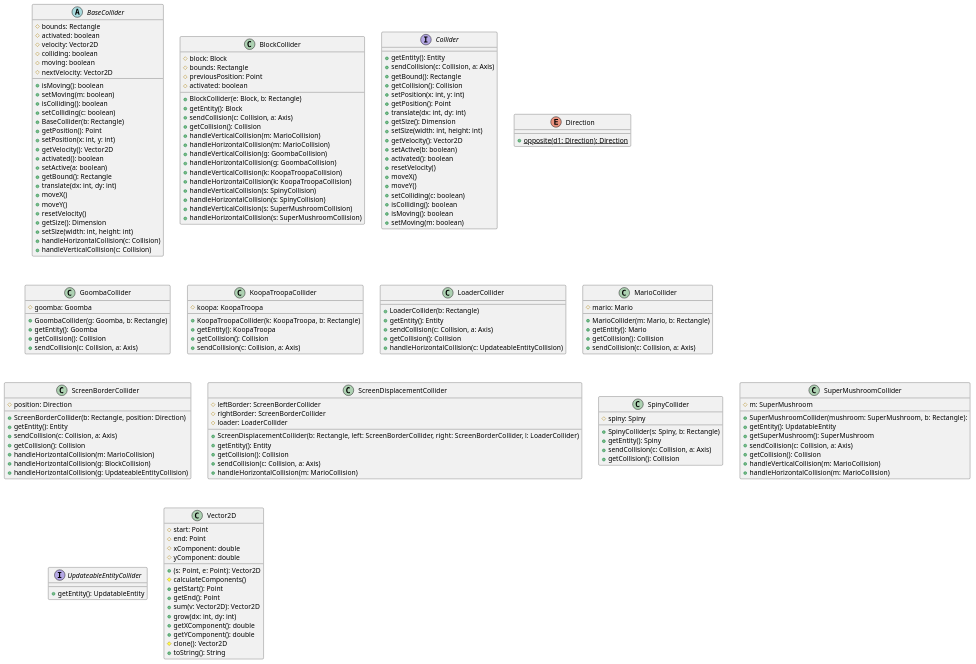
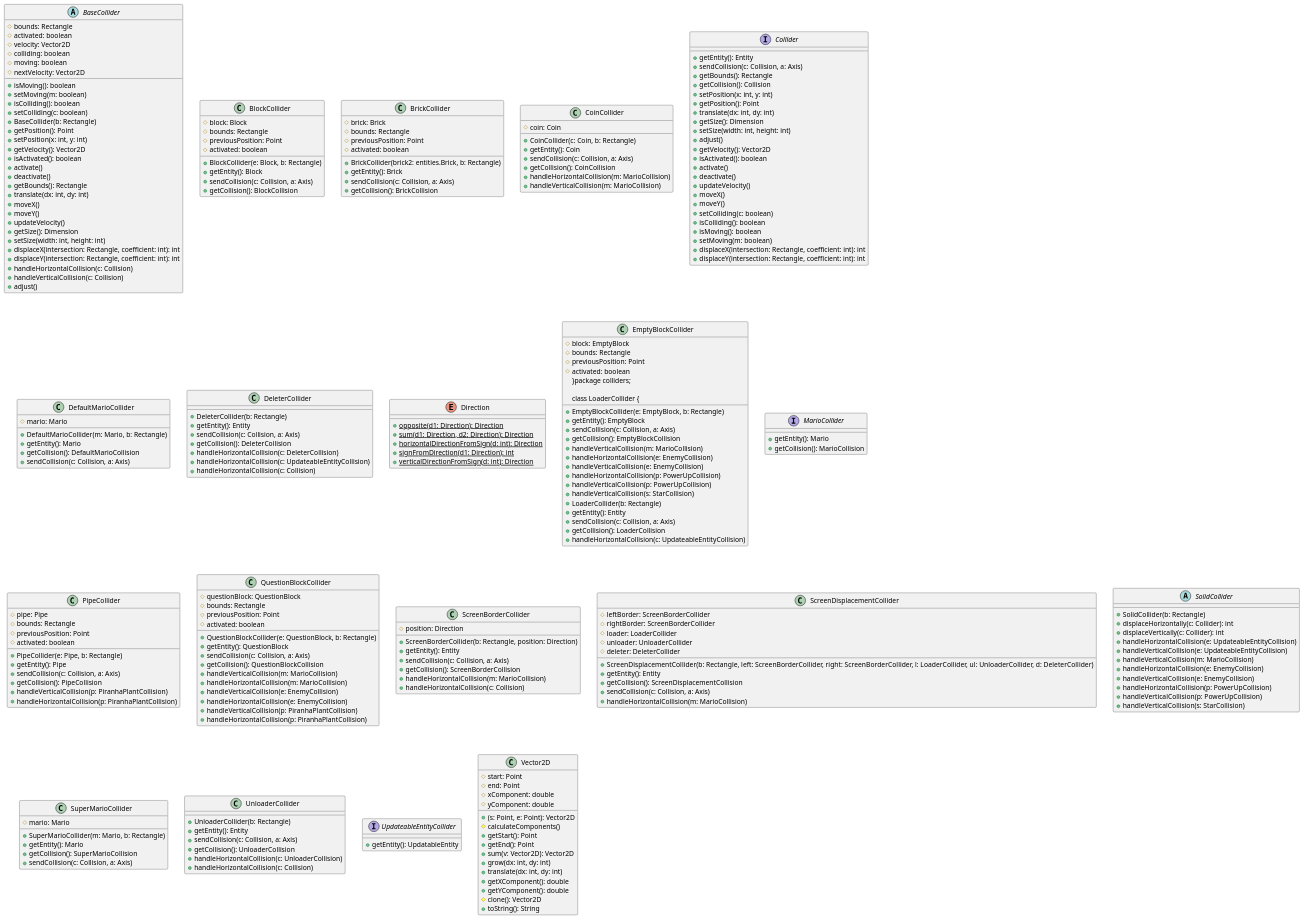
Before and after one commit to giuli635/SuperMarioBros: the diagram in Diagramas/diagramas/diagrama-extendido-colliders.puml, drawn with PlantUML. The commit also changed 5 other files, not shown here.

Commit message:
No llegamos a actualizar los diagramas

```diff
--- a/Diagramas/diagramas/diagrama-extendido-colliders.puml
+++ b/Diagramas/diagramas/diagrama-extendido-colliders.puml
@@ -14,17 +14,21 @@
    +getPosition(): Point 
    +setPosition(x: int, y: int)
    +getVelocity(): Vector2D 
-   +activated(): boolean 
-   +setActive(a: boolean)
-   +getBound(): Rectangle 
+   +isActivated(): boolean 
+   +activate()
+   +deactivate()
+   +getBounds(): Rectangle 
    +translate(dx: int, dy: int)
    +moveX()
    +moveY()
-   +resetVelocity()
+   +updateVelocity()
    +getSize(): Dimension 
    +setSize(width: int, height: int)
+   +displaceX(intersection: Rectangle, coefficient: int): int 
+   +displaceY(intersection: Rectangle, coefficient: int): int 
    +handleHorizontalCollision(c: Collision)
    +handleVerticalCollision(c: Collision)
+   +adjust()
 }
 
 class BlockCollider {
@@ -35,75 +39,140 @@
    +BlockCollider(e: Block, b: Rectangle)
    +getEntity(): Block 
    +sendCollision(c: Collision, a: Axis)
-   +getCollision(): Collision 
+   +getCollision(): BlockCollision 
+}
+
+class BrickCollider {
+   #brick: Brick
+   #bounds: Rectangle
+   #previousPosition: Point
+   #activated: boolean
+   +BrickCollider(brick2: entities.Brick, b: Rectangle)
+   +getEntity(): Brick 
+   +sendCollision(c: Collision, a: Axis)
+   +getCollision(): BrickCollision 
+}
+
+class CoinCollider {
+   #coin: Coin
+   +CoinCollider(c: Coin, b: Rectangle)
+   +getEntity(): Coin 
+   +sendCollision(c: Collision, a: Axis)
+   +getCollision(): CoinCollision 
+   +handleHorizontalCollision(m: MarioCollision)
    +handleVerticalCollision(m: MarioCollision)
-   +handleHorizontalCollision(m: MarioCollision)
-   +handleVerticalCollision(g: GoombaCollision)
-   +handleHorizontalCollision(g: GoombaCollision)
-   +handleVerticalCollision(k: KoopaTroopaCollision)
-   +handleHorizontalCollision(k: KoopaTroopaCollision)
-   +handleVerticalCollision(s: SpinyCollision)
-   +handleHorizontalCollision(s: SpinyCollision)
-   +handleVerticalCollision(s: SuperMushroomCollision)
-   +handleHorizontalCollision(s: SuperMushroomCollision)
 }
 
 interface Collider {
    +getEntity(): Entity 
    +sendCollision(c: Collision, a: Axis)
-   +getBound(): Rectangle 
+   +getBounds(): Rectangle 
    +getCollision(): Collision 
    +setPosition(x: int, y: int)
    +getPosition(): Point 
    +translate(dx: int, dy: int)
    +getSize(): Dimension 
    +setSize(width: int, height: int)
+   +adjust()
    +getVelocity(): Vector2D 
-   +setActive(b: boolean)
-   +activated(): boolean 
-   +resetVelocity()
+   +isActivated(): boolean 
+   +activate()
+   +deactivate()
+   +updateVelocity()
    +moveX()
    +moveY()
    +setColliding(c: boolean)
    +isColliding(): boolean 
    +isMoving(): boolean 
    +setMoving(m: boolean)
+   +displaceX(intersection: Rectangle, coefficient: int): int 
+   +displaceY(intersection: Rectangle, coefficient: int): int 
+}
+
+class DefaultMarioCollider {
+   #mario: Mario
+   +DefaultMarioCollider(m: Mario, b: Rectangle)
+   +getEntity(): Mario 
+   +getCollision(): DefaultMarioCollision 
+   +sendCollision(c: Collision, a: Axis)
+}
+
+class DeleterCollider {
+   +DeleterCollider(b: Rectangle)
+   +getEntity(): Entity 
+   +sendCollision(c: Collision, a: Axis)
+   +getCollision(): DeleterCollision 
+   +handleHorizontalCollision(c: DeleterCollision)
+   +handleHorizontalCollision(c: UpdateableEntityCollision)
+   +handleHorizontalCollision(c: Collision)
 }
 
 enum Direction {
    +{static}opposite(d1: Direction): Direction 
+   +{static}sum(d1: Direction, d2: Direction): Direction 
+   +{static}horizontalDirectionFromSign(d: int): Direction 
+   +{static}signFromDirection(d1: Direction): int 
+   +{static}verticalDirectionFromSign(d: int): Direction 
 }
 
-class GoombaCollider {
-   #goomba: Goomba
-   +GoombaCollider(g: Goomba, b: Rectangle)
-   +getEntity(): Goomba 
-   +getCollision(): Collision 
+class EmptyBlockCollider {
+   #block: EmptyBlock
+   #bounds: Rectangle
+   #previousPosition: Point
+   #activated: boolean
+   +EmptyBlockCollider(e: EmptyBlock, b: Rectangle)
+   +getEntity(): EmptyBlock 
    +sendCollision(c: Collision, a: Axis)
-}
-
-class KoopaTroopaCollider {
-   #koopa: KoopaTroopa
-   +KoopaTroopaCollider(k: KoopaTroopa, b: Rectangle)
-   +getEntity(): KoopaTroopa 
-   +getCollision(): Collision 
-   +sendCollision(c: Collision, a: Axis)
-}
+   +getCollision(): EmptyBlockCollision 
+   +handleVerticalCollision(m: MarioCollision)
+   +handleHorizontalCollision(e: EnemyCollision)
+   +handleVerticalCollision(e: EnemyCollision)
+   +handleHorizontalCollision(p: PowerUpCollision)
+   +handleVerticalCollision(p: PowerUpCollision)
+   +handleVerticalCollision(s: StarCollision)
+}package colliders;
 
 class LoaderCollider {
    +LoaderCollider(b: Rectangle)
    +getEntity(): Entity 
    +sendCollision(c: Collision, a: Axis)
-   +getCollision(): Collision 
+   +getCollision(): LoaderCollision 
    +handleHorizontalCollision(c: UpdateableEntityCollision)
 }
 
-class MarioCollider {
-   #mario: Mario
-   +MarioCollider(m: Mario, b: Rectangle)
+interface MarioCollider {
    +getEntity(): Mario 
-   +getCollision(): Collision 
+   +getCollision(): MarioCollision 
+}
+
+class PipeCollider {
+   #pipe: Pipe
+   #bounds: Rectangle
+   #previousPosition: Point
+   #activated: boolean
+   +PipeCollider(e: Pipe, b: Rectangle)
+   +getEntity(): Pipe 
    +sendCollision(c: Collision, a: Axis)
+   +getCollision(): PipeCollision 
+   +handleVerticalCollision(p: PiranhaPlantCollision)
+   +handleHorizontalCollision(p: PiranhaPlantCollision)
+}
+
+class QuestionBlockCollider {
+   #questionBlock: QuestionBlock
+   #bounds: Rectangle
+   #previousPosition: Point
+   #activated: boolean
+   +QuestionBlockCollider(e: QuestionBlock, b: Rectangle)
+   +getEntity(): QuestionBlock 
+   +sendCollision(c: Collision, a: Axis)
+   +getCollision(): QuestionBlockCollision 
+   +handleVerticalCollision(m: MarioCollision)
+   +handleHorizontalCollision(m: MarioCollision)
+   +handleVerticalCollision(e: EnemyCollision)
+   +handleHorizontalCollision(e: EnemyCollision)
+   +handleVerticalCollision(p: PiranhaPlantCollision)
+   +handleHorizontalCollision(p: PiranhaPlantCollision)
 }
 
 class ScreenBorderCollider {
@@ -111,40 +180,53 @@
    +ScreenBorderCollider(b: Rectangle, position: Direction)
    +getEntity(): Entity 
    +sendCollision(c: Collision, a: Axis)
-   +getCollision(): Collision 
+   +getCollision(): ScreenBorderCollision 
    +handleHorizontalCollision(m: MarioCollision)
-   +handleHorizontalCollision(g: BlockCollision)
-   +handleHorizontalCollision(g: UpdateableEntityCollision)
+   +handleHorizontalCollision(c: Collision)
 }
 
 class ScreenDisplacementCollider {
    #leftBorder: ScreenBorderCollider
    #rightBorder: ScreenBorderCollider
    #loader: LoaderCollider
-   +ScreenDisplacementCollider(b: Rectangle, left: ScreenBorderCollider, right: ScreenBorderCollider, l: LoaderCollider)
+   #unloader: UnloaderCollider
+   #deleter: DeleterCollider
+   +ScreenDisplacementCollider(b: Rectangle, left: ScreenBorderCollider, right: ScreenBorderCollider, l: LoaderCollider, ul: UnloaderCollider, d: DeleterCollider)
    +getEntity(): Entity 
-   +getCollision(): Collision 
+   +getCollision(): ScreenDisplacementCollision 
    +sendCollision(c: Collision, a: Axis)
    +handleHorizontalCollision(m: MarioCollision)
 }
 
-class SpinyCollider {
-   #spiny: Spiny
-   +SpinyCollider(s: Spiny, b: Rectangle)
-   +getEntity(): Spiny 
-   +sendCollision(c: Collision, a: Axis)
-   +getCollision(): Collision 
+abstract class SolidCollider {
+   +SolidCollider(b: Rectangle)
+   +displaceHorizontally(c: Collider): int 
+   +displaceVertically(c: Collider): int 
+   +handleHorizontalCollision(e: UpdateableEntityCollision)
+   +handleVerticalCollision(e: UpdateableEntityCollision)
+   +handleVerticalCollision(m: MarioCollision)
+   +handleHorizontalCollision(e: EnemyCollision)
+   +handleVerticalCollision(e: EnemyCollision)
+   +handleHorizontalCollision(p: PowerUpCollision)
+   +handleVerticalCollision(p: PowerUpCollision)
+   +handleVerticalCollision(s: StarCollision)
 }
 
-class SuperMushroomCollider {
-   #m: SuperMushroom
-   +SuperMushroomCollider(mushroom: SuperMushroom, b: Rectangle):  
-   +getEntity(): UpdatableEntity 
-   +getSuperMushroom(): SuperMushroom 
+class SuperMarioCollider {
+   #mario: Mario
+   +SuperMarioCollider(m: Mario, b: Rectangle)
+   +getEntity(): Mario 
+   +getCollision(): SuperMarioCollision 
    +sendCollision(c: Collision, a: Axis)
-   +getCollision(): Collision 
-   +handleVerticalCollision(m: MarioCollision)
-   +handleHorizontalCollision(m: MarioCollision)
+}
+
+class UnloaderCollider {
+   +UnloaderCollider(b: Rectangle)
+   +getEntity(): Entity 
+   +sendCollision(c: Collision, a: Axis)
+   +getCollision(): UnloaderCollision 
+   +handleHorizontalCollision(c: UnloaderCollision)
+   +handleHorizontalCollision(c: Collision)
 }
 
 interface UpdateableEntityCollider {
@@ -162,6 +244,7 @@
    +getEnd(): Point 
    +sum(v: Vector2D): Vector2D 
    +grow(dx: int, dy: int)
+   +translate(dx: int, dy: int)
    +getXComponent(): double 
    +getYComponent(): double 
    #clone(): Vector2D 
```
